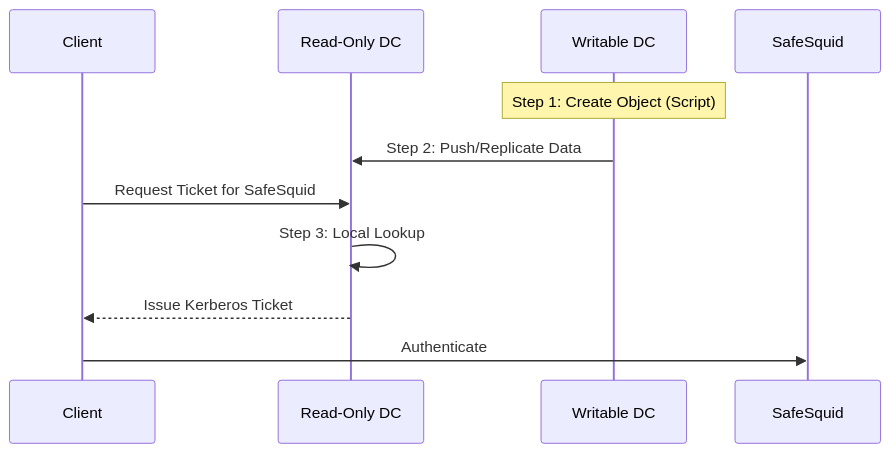
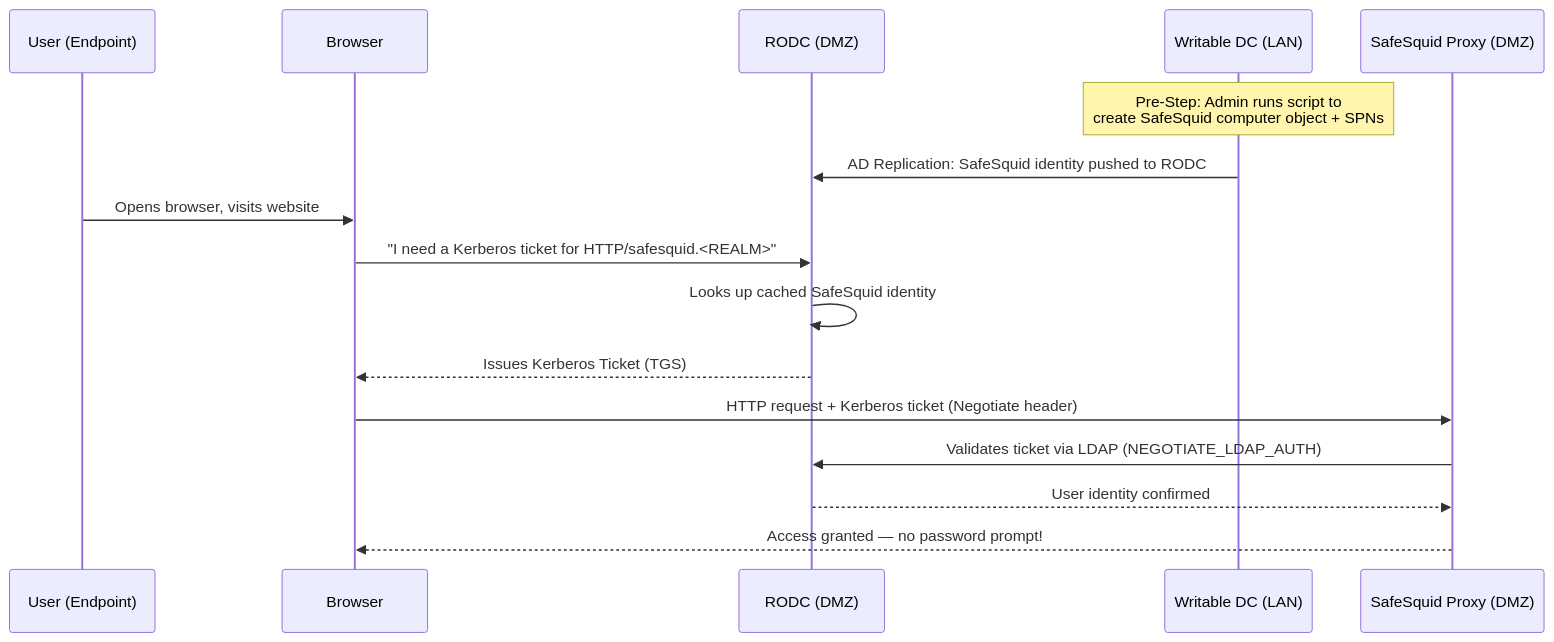
The diagram in docs/04-Authentication/03-Directory_Services/01-Active_Directory/04-Configure_Kerberos_Authentication_With_RODC.md (SafeSquid-Github/docs), drawn with Mermaid before and after one commit. The commit also changed other lines of this file, not shown here.

Commit message:
Add problem and solution for RODC doc

````diff
--- a/docs/04-Authentication/03-Directory_Services/01-Active_Directory/04-Configure_Kerberos_Authentication_With_RODC.md
+++ b/docs/04-Authentication/03-Directory_Services/01-Active_Directory/04-Configure_Kerberos_Authentication_With_RODC.md
@@ -30,14 +116,20 @@
 ```mermaid
 sequenceDiagram
-    participant Client
-    participant RODC as Read-Only DC
-    participant RWDC as Writable DC
-    participant SafeSquid
-    
-    Note over RWDC: Step 1: Create Object (Script)
-    RWDC->>RODC: Step 2: Push/Replicate Data
-    Client->>RODC: Request Ticket for SafeSquid
-    RODC->>RODC: Step 3: Local Lookup
-    RODC-->>Client: Issue Kerberos Ticket
-    Client->>SafeSquid: Authenticate
+    participant User as User (Endpoint)
+    participant Browser
+    participant RODC as RODC (DMZ)
+    participant RWDC as Writable DC (LAN)
+    participant SafeSquid as SafeSquid Proxy (DMZ)
+
+    Note over RWDC: Pre-Step: Admin runs script to<br/>create SafeSquid computer object + SPNs
+    RWDC->>RODC: AD Replication: SafeSquid identity pushed to RODC
+
+    User->>Browser: Opens browser, visits website
+    Browser->>RODC: "I need a Kerberos ticket for HTTP/safesquid.<REALM>"
+    RODC->>RODC: Looks up cached SafeSquid identity
+    RODC-->>Browser: Issues Kerberos Ticket (TGS)
+    Browser->>SafeSquid: HTTP request + Kerberos ticket (Negotiate header)
+    SafeSquid->>RODC: Validates ticket via LDAP (NEGOTIATE_LDAP_AUTH)
+    RODC-->>SafeSquid: User identity confirmed
+    SafeSquid-->>Browser: Access granted — no password prompt!
 ```
````
